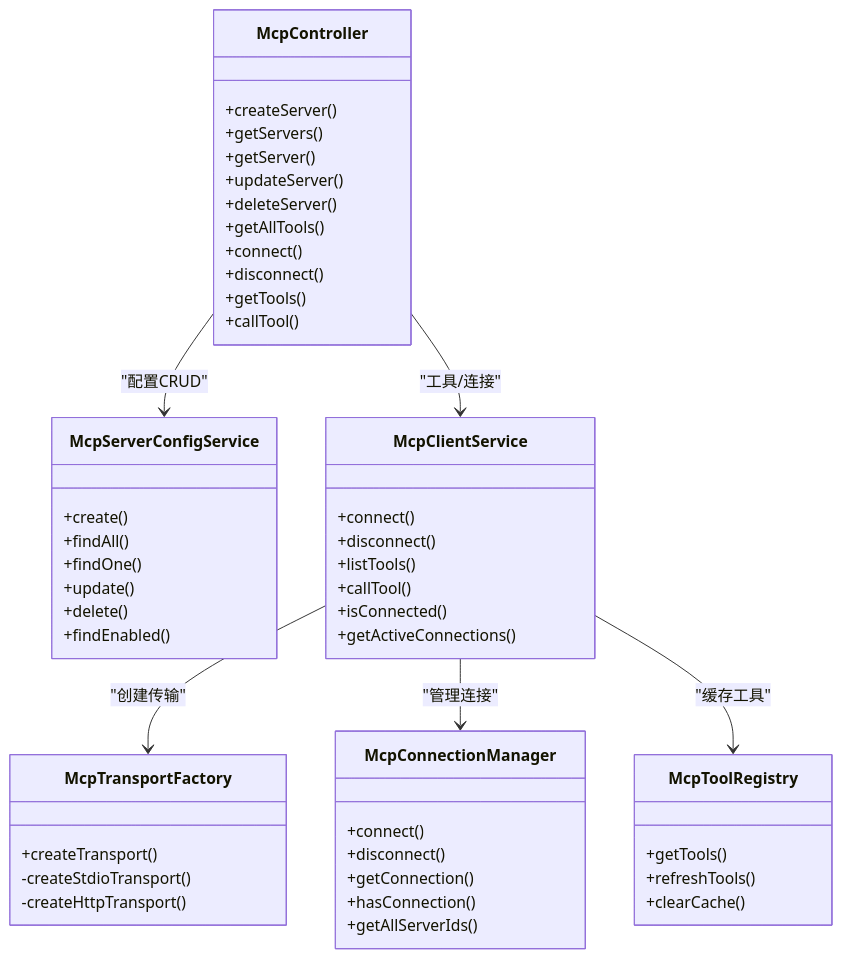
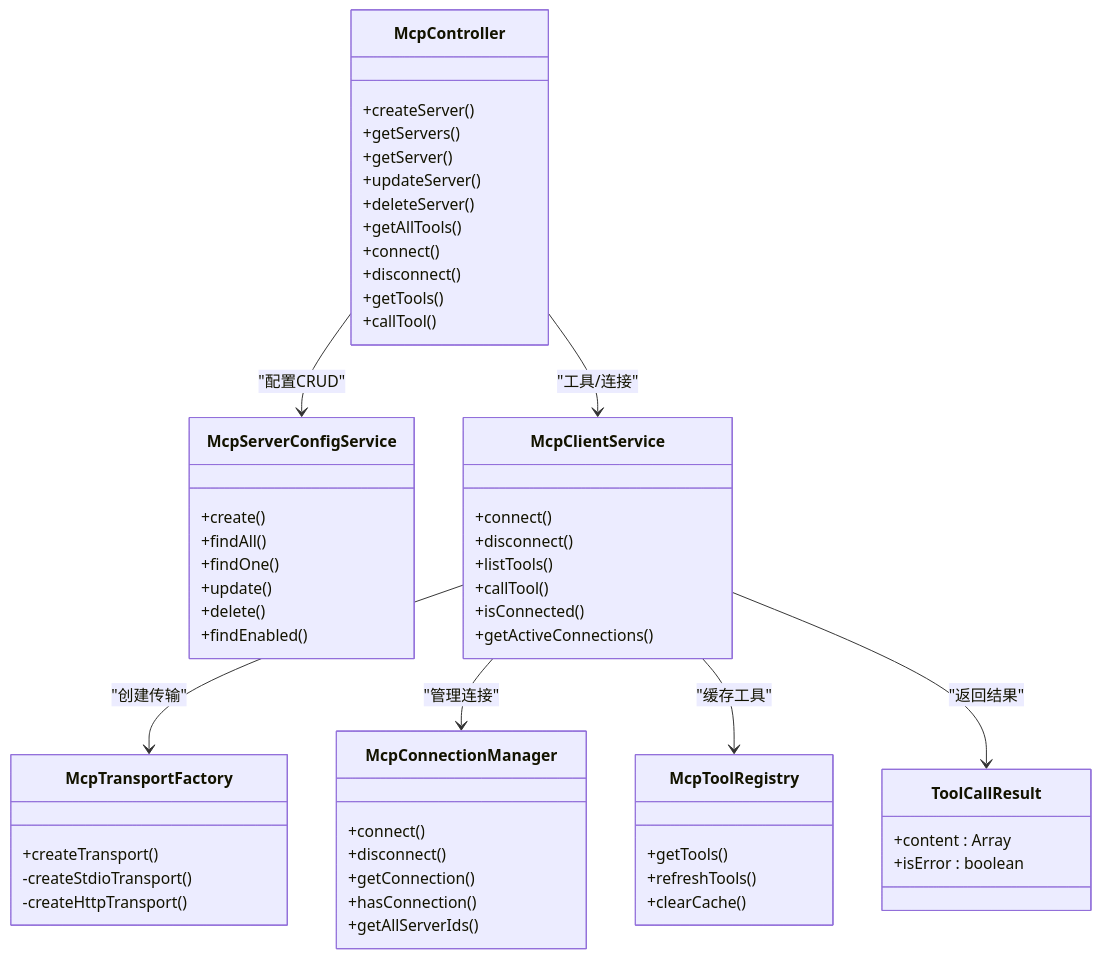
One commit to xixixiaoyu/Todo changed the fourth of 4 diagrams in .qoder/repowiki/zh/content/API参考/REST API/MCP工具API.md. Above: the diagram before and after it, drawn with Mermaid. The commit also changed other lines of this file and 3 other files, not shown here.

````diff
--- a/.qoder/repowiki/zh/content/API参考/REST API/MCP工具API.md
+++ b/.qoder/repowiki/zh/content/API参考/REST API/MCP工具API.md
@@ -261,53 +313,58 @@
 ```mermaid
 classDiagram
 class McpController {
 +createServer()
 +getServers()
 +getServer()
 +updateServer()
 +deleteServer()
 +getAllTools()
 +connect()
 +disconnect()
 +getTools()
 +callTool()
 }
 class McpServerConfigService {
 +create()
 +findAll()
 +findOne()
 +update()
 +delete()
 +findEnabled()
 }
 class McpClientService {
 +connect()
 +disconnect()
 +listTools()
 +callTool()
 +isConnected()
 +getActiveConnections()
 }
 class McpTransportFactory {
 +createTransport()
 -createStdioTransport()
 -createHttpTransport()
 }
 class McpConnectionManager {
 +connect()
 +disconnect()
 +getConnection()
 +hasConnection()
 +getAllServerIds()
 }
 class McpToolRegistry {
 +getTools()
 +refreshTools()
 +clearCache()
 }
+class ToolCallResult {
++content : Array
++isError : boolean
+}
 McpController --> McpServerConfigService : "配置CRUD"
 McpController --> McpClientService : "工具/连接"
 McpClientService --> McpTransportFactory : "创建传输"
 McpClientService --> McpConnectionManager : "管理连接"
 McpClientService --> McpToolRegistry : "缓存工具"
+McpClientService --> ToolCallResult : "返回结果"
 ```
````
